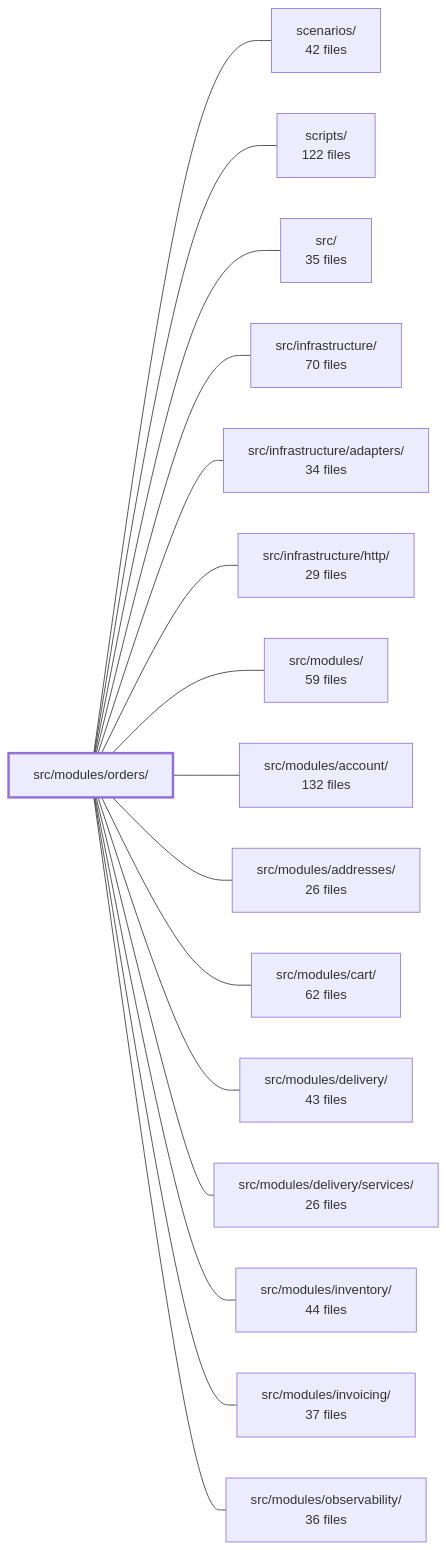
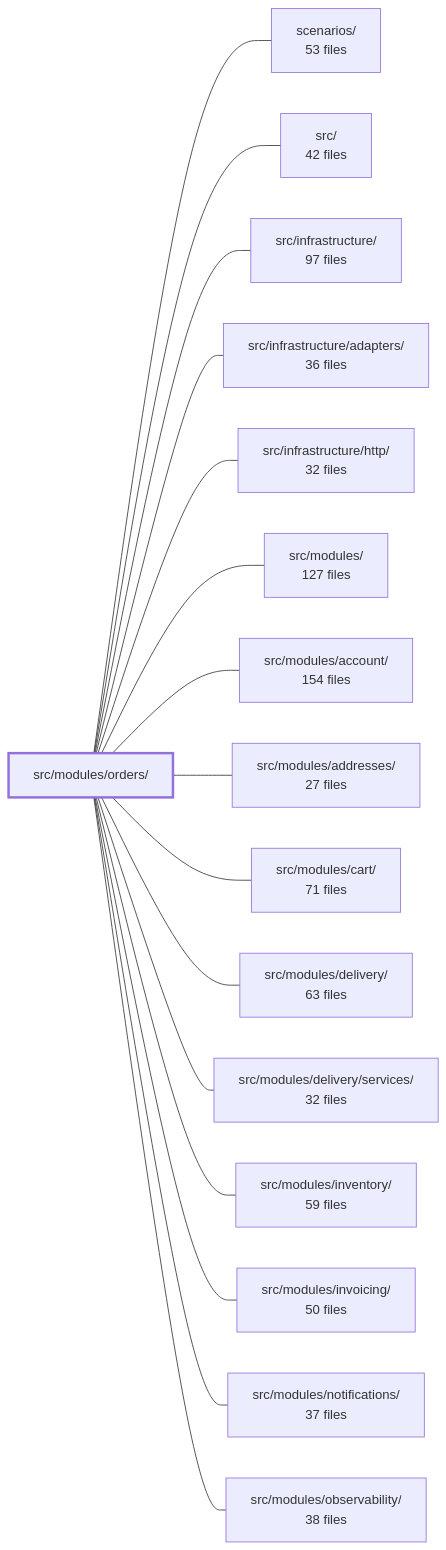
The diagram in .2brain/modules/boilerplate-node-backend_src_modules_orders.md (Guebbit/boilerplate-node-backend), drawn with Mermaid before and after one commit. The commit also changed other lines of this file and 1775 other files, not shown here.

````diff
--- a/.2brain/modules/boilerplate-node-backend_src_modules_orders.md
+++ b/.2brain/modules/boilerplate-node-backend_src_modules_orders.md
@@ -51,35 +43,35 @@
 ```mermaid
 flowchart LR
     m_src_modules_orders["src/modules/orders/"]
-    m_scenarios["scenarios/<br/>42 files"]
-    m_scripts["scripts/<br/>122 files"]
-    m_src["src/<br/>35 files"]
-    m_src_infrastructure["src/infrastructure/<br/>70 files"]
-    m_src_infrastructure_adapters["src/infrastructure/adapters/<br/>34 files"]
-    m_src_infrastructure_http["src/infrastructure/http/<br/>29 files"]
-    m_src_modules["src/modules/<br/>59 files"]
-    m_src_modules_account["src/modules/account/<br/>132 files"]
-    m_src_modules_addresses["src/modules/addresses/<br/>26 files"]
-    m_src_modules_cart["src/modules/cart/<br/>62 files"]
-    m_src_modules_delivery["src/modules/delivery/<br/>43 files"]
-    m_src_modules_delivery_services["src/modules/delivery/services/<br/>26 files"]
-    m_src_modules_inventory["src/modules/inventory/<br/>44 files"]
-    m_src_modules_invoicing["src/modules/invoicing/<br/>37 files"]
-    m_src_modules_observability["src/modules/observability/<br/>36 files"]
+    m_scenarios["scenarios/<br/>53 files"]
+    m_src["src/<br/>42 files"]
+    m_src_infrastructure["src/infrastructure/<br/>97 files"]
+    m_src_infrastructure_adapters["src/infrastructure/adapters/<br/>36 files"]
+    m_src_infrastructure_http["src/infrastructure/http/<br/>32 files"]
+    m_src_modules["src/modules/<br/>127 files"]
+    m_src_modules_account["src/modules/account/<br/>154 files"]
+    m_src_modules_addresses["src/modules/addresses/<br/>27 files"]
+    m_src_modules_cart["src/modules/cart/<br/>71 files"]
+    m_src_modules_delivery["src/modules/delivery/<br/>63 files"]
+    m_src_modules_delivery_services["src/modules/delivery/services/<br/>32 files"]
+    m_src_modules_inventory["src/modules/inventory/<br/>59 files"]
+    m_src_modules_invoicing["src/modules/invoicing/<br/>50 files"]
+    m_src_modules_notifications["src/modules/notifications/<br/>37 files"]
+    m_src_modules_observability["src/modules/observability/<br/>38 files"]
     m_src_modules_orders --- m_scenarios
-    m_src_modules_orders --- m_scripts
     m_src_modules_orders --- m_src
     m_src_modules_orders --- m_src_infrastructure
     m_src_modules_orders --- m_src_infrastructure_adapters
     m_src_modules_orders --- m_src_infrastructure_http
     m_src_modules_orders --- m_src_modules
     m_src_modules_orders --- m_src_modules_account
     m_src_modules_orders --- m_src_modules_addresses
     m_src_modules_orders --- m_src_modules_cart
     m_src_modules_orders --- m_src_modules_delivery
     m_src_modules_orders --- m_src_modules_delivery_services
     m_src_modules_orders --- m_src_modules_inventory
     m_src_modules_orders --- m_src_modules_invoicing
+    m_src_modules_orders --- m_src_modules_notifications
     m_src_modules_orders --- m_src_modules_observability
     style m_src_modules_orders stroke-width:3px
 ```
````
